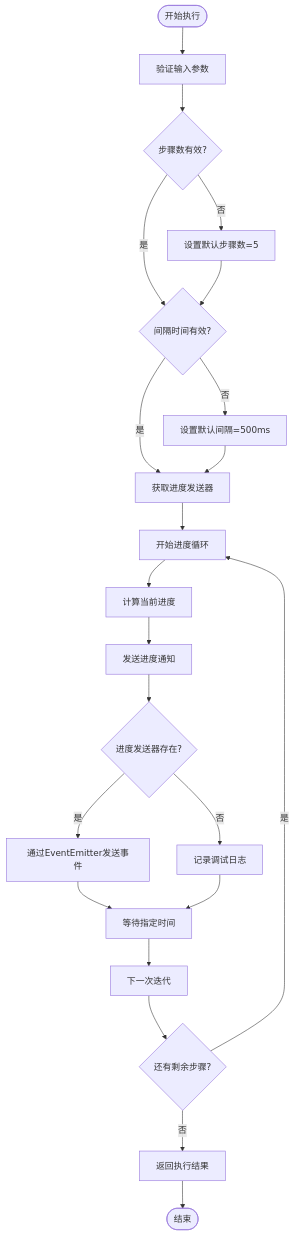
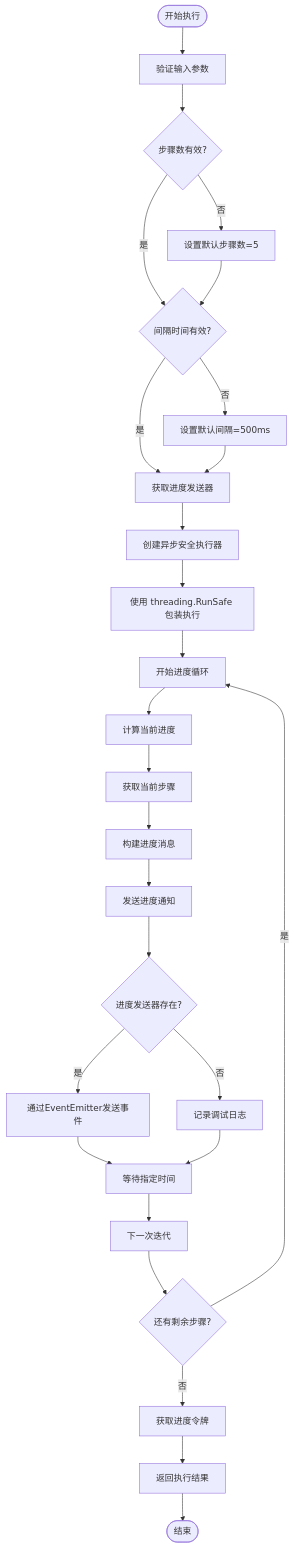
One commit to maomao94/zero-service changed the fifth of 9 diagrams in .qoder/repowiki/zh/content/Test Progress Tool.md. Above: the diagram before and after it, drawn with Mermaid. The commit also changed other lines of this file and 58 other files, not shown here.

````diff
--- a/.qoder/repowiki/zh/content/Test Progress Tool.md
+++ b/.qoder/repowiki/zh/content/Test Progress Tool.md
@@ -219,24 +258,29 @@
 ```mermaid
 flowchart TD
 Start([开始执行]) --> ValidateArgs["验证输入参数"]
 ValidateArgs --> CheckSteps{"步骤数有效?"}
 CheckSteps --> |否| SetDefaultSteps["设置默认步骤数=5"]
 CheckSteps --> |是| CheckInterval{"间隔时间有效?"}
 SetDefaultSteps --> CheckInterval
 CheckInterval --> |否| SetDefaultInterval["设置默认间隔=500ms"]
 CheckInterval --> |是| GetSender["获取进度发送器"]
 SetDefaultInterval --> GetSender
-GetSender --> LoopStart["开始进度循环"]
+GetSender --> CreateAsyncExec["创建异步安全执行器"]
+CreateAsyncExec --> RunSafe["使用 threading.RunSafe 包装执行"]
+RunSafe --> LoopStart["开始进度循环"]
 LoopStart --> CalcProgress["计算当前进度"]
-CalcProgress --> SendProgress["发送进度通知"]
+CalcProgress --> GetCurrentStep["获取当前步骤"]
+GetCurrentStep --> BuildMessage["构建进度消息"]
+BuildMessage --> SendProgress["发送进度通知"]
 SendProgress --> CheckSender{"进度发送器存在?"}
 CheckSender --> |是| EmitEvent["通过EventEmitter发送事件"]
 CheckSender --> |否| LogProgress["记录调试日志"]
 EmitEvent --> Sleep["等待指定时间"]
 LogProgress --> Sleep
 Sleep --> NextIteration["下一次迭代"]
 NextIteration --> CheckLoop{"还有剩余步骤?"}
 CheckLoop --> |是| LoopStart
-CheckLoop --> |否| ReturnResult["返回执行结果"]
+CheckLoop --> |否| GetToken["获取进度令牌"]
+GetToken --> ReturnResult["返回执行结果"]
 ReturnResult --> End([结束])
 ```
````
